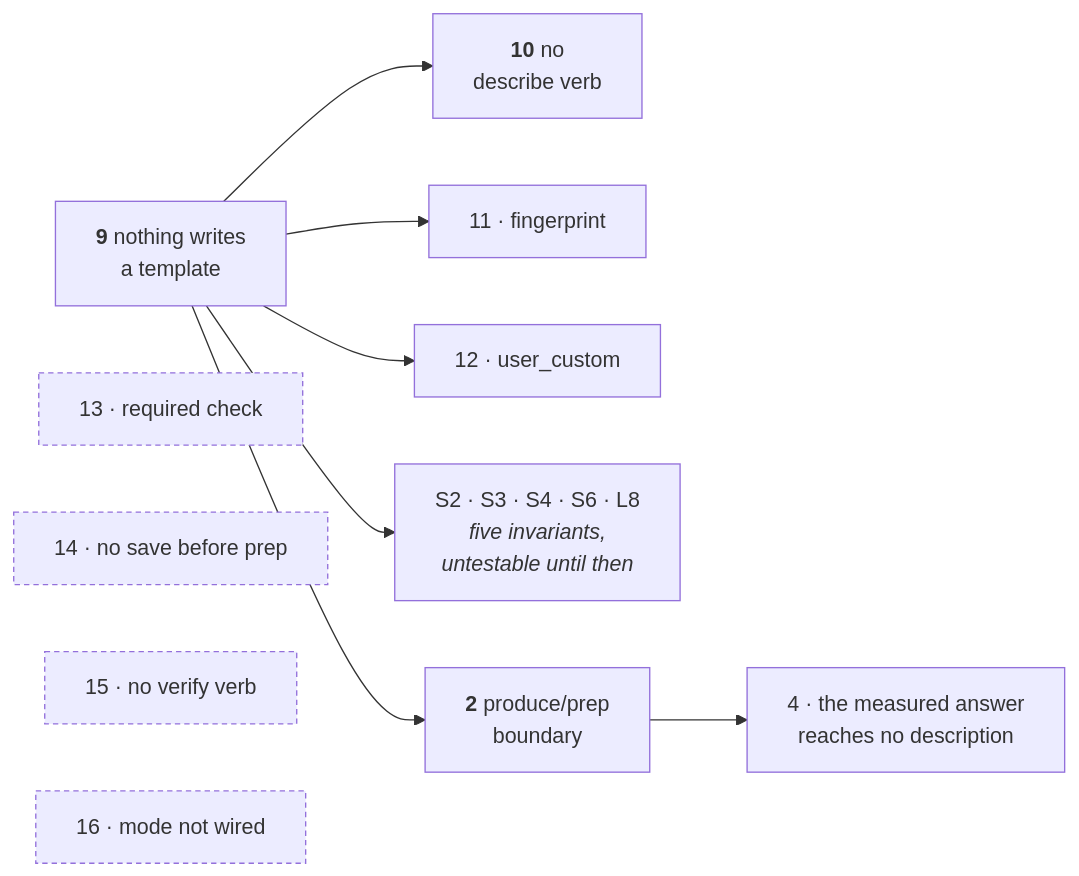
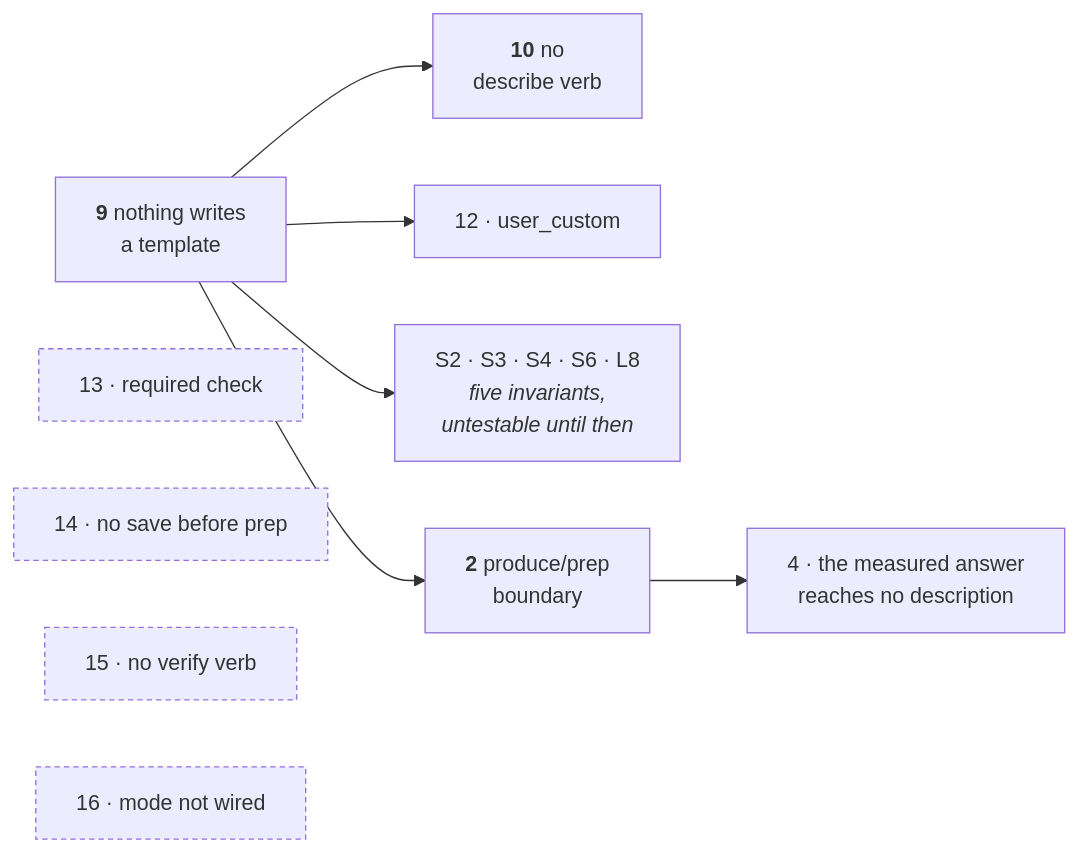
One commit to Qing-LAB/molbuilder changed the fifth of 5 diagrams in docs/execution/worked-example.md. Above: the diagram before and after it, drawn with Mermaid. The commit also changed other lines of this file and 2 other files, not shown here.

````diff
--- a/docs/execution/worked-example.md
+++ b/docs/execution/worked-example.md
@@ -518,14 +518,13 @@
 ```mermaid
 flowchart LR
     G9["<b>9</b> nothing writes<br/>a template"] --> G10["<b>10</b> no<br/>describe verb"]
-    G9 --> G11["11 · fingerprint"]
     G9 --> G12["12 · user_custom"]
     G9 --> INV["S2 · S3 · S4 · S6 · L8<br/><i>five invariants,<br/>untestable until then</i>"]
     G9 --> G2["<b>2</b> produce/prep<br/>boundary"]
     G2 --> G4["4 · the measured answer<br/>reaches no description"]
     G13["13 · required check"]:::indep
     G14["14 · no save before prep"]:::indep
     G15["15 · no verify verb"]:::indep
     G16["16 · mode not wired"]:::indep
     classDef indep stroke-dasharray: 4 3;
 ```
````
